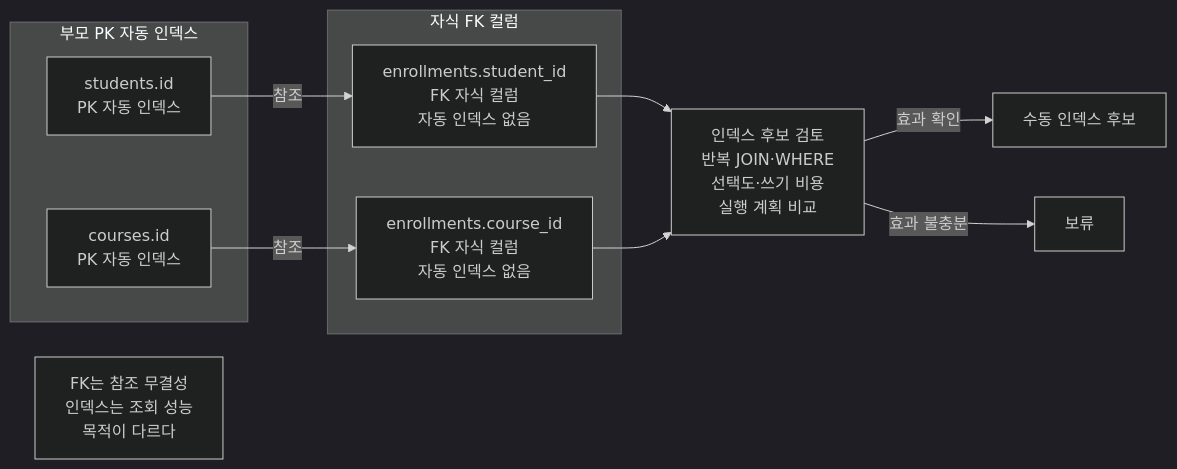
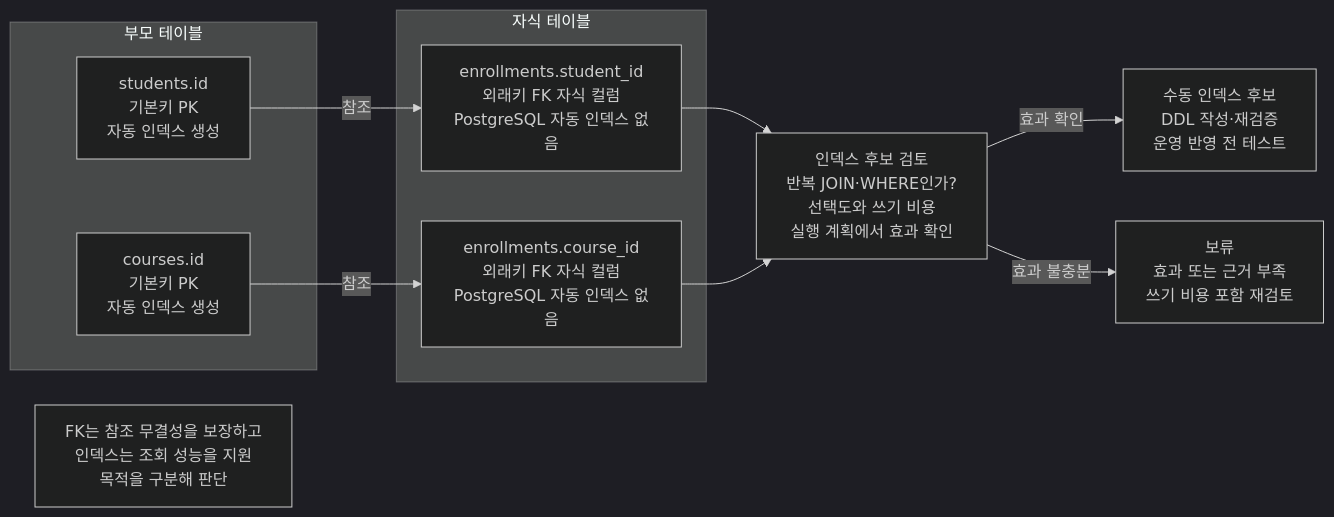
One commit to GilbertMoon/ai-database-book changed the diagram in images/chapter10/ch10_05_join_foreign_key_index.mmd. Above: the diagram before and after it, drawn with Mermaid (dark theme).

Commit message:
Sync Mermaid source for Chapter 10 foreign key index

```diff
--- a/images/chapter10/ch10_05_join_foreign_key_index.mmd
+++ b/images/chapter10/ch10_05_join_foreign_key_index.mmd
@@ -1,19 +1,18 @@
 flowchart LR
-    subgraph PARENT[부모 PK 자동 인덱스]
-        A[students.id<br/>PK 자동 인덱스]
-        C[courses.id<br/>PK 자동 인덱스]
+    subgraph PARENT[부모 테이블]
+        A["students.id<br/>기본키 PK<br/>자동 인덱스 생성"]
+        C["courses.id<br/>기본키 PK<br/>자동 인덱스 생성"]
     end
 
-    subgraph CHILD[자식 FK 컬럼]
-        B[enrollments.student_id<br/>FK 자식 컬럼<br/>자동 인덱스 없음]
-        D[enrollments.course_id<br/>FK 자식 컬럼<br/>자동 인덱스 없음]
+    subgraph CHILD[자식 테이블]
+        B["enrollments.student_id<br/>외래키 FK 자식 컬럼<br/>PostgreSQL 자동 인덱스 없음"]
+        D["enrollments.course_id<br/>외래키 FK 자식 컬럼<br/>PostgreSQL 자동 인덱스 없음"]
     end
 
     A -->|참조| B
     C -->|참조| D
-    B --> E[인덱스 후보 검토<br/>반복 JOIN·WHERE<br/>선택도·쓰기 비용<br/>실행 계획 비교]
+    B --> E["인덱스 후보 검토<br/>반복 JOIN·WHERE인가?<br/>선택도와 쓰기 비용<br/>실행 계획에서 효과 확인"]
     D --> E
-    E -->|효과 확인| G[수동 인덱스 후보]
-    E -->|효과 불충분| H[보류]
-
-    N[FK는 참조 무결성<br/>인덱스는 조회 성능<br/>목적이 다르다]
+    E -->|효과 확인| G["수동 인덱스 후보<br/>DDL 작성·재검증<br/>운영 반영 전 테스트"]
+    E -->|효과 불충분| H["보류<br/>효과 또는 근거 부족<br/>쓰기 비용 포함 재검토"]
+    N["FK는 참조 무결성을 보장하고<br/>인덱스는 조회 성능을 지원<br/>목적을 구분해 판단"]
```
